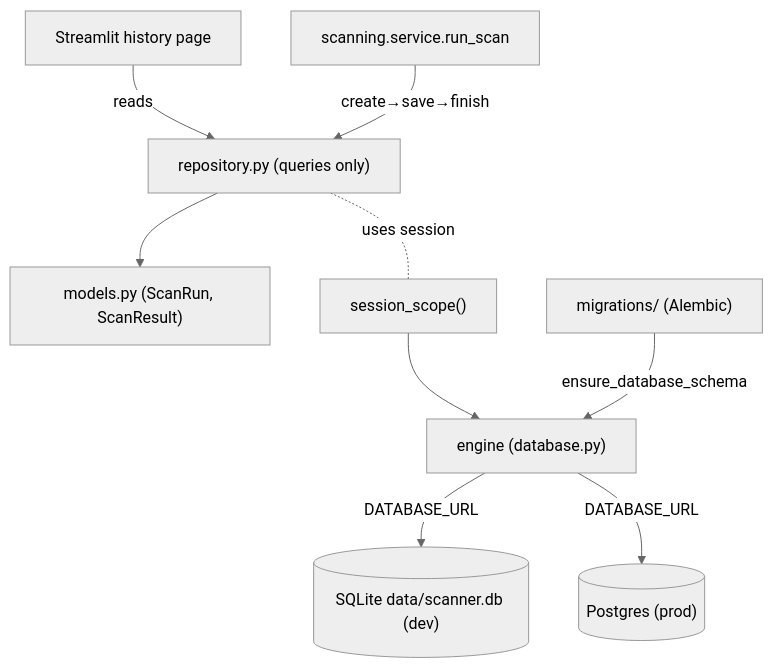
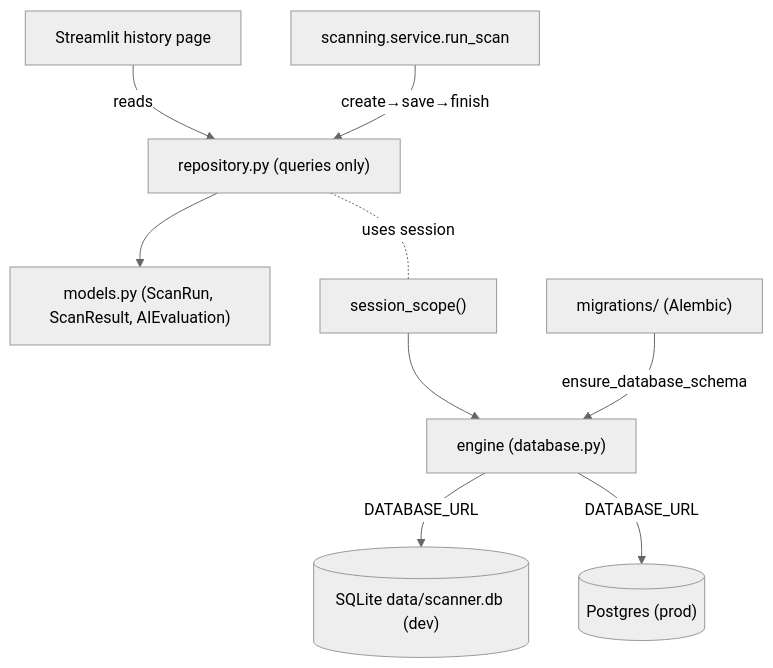
One commit to DoRmAmMu1997/Streamlit-Scanner-App changed the diagram in docs/architecture/components/storage-persistence.md. Above: the diagram before and after it, drawn with Mermaid (neutral theme). The commit also changed other lines of this file and 10 other files, not shown here.

````diff
--- a/docs/architecture/components/storage-persistence.md
+++ b/docs/architecture/components/storage-persistence.md
@@ -29,11 +29,11 @@
 ```mermaid
 flowchart TD
     UI["Streamlit history page"] -->|reads| REPO["repository.py (queries only)"]
     SVC["scanning.service.run_scan"] -->|create→save→finish| REPO
-    REPO --> MODELS["models.py (ScanRun, ScanResult)"]
+    REPO --> MODELS["models.py (ScanRun, ScanResult, AIEvaluation)"]
     REPO -.uses session.- SS["session_scope()"]
     SS --> ENG["engine (database.py)"]
     ENG -->|DATABASE_URL| SQLITE[("SQLite data/scanner.db (dev)")]
     ENG -->|DATABASE_URL| PG[("Postgres (prod)")]
     ALEMBIC["migrations/ (Alembic)"] -->|ensure_database_schema| ENG
 ```
````
